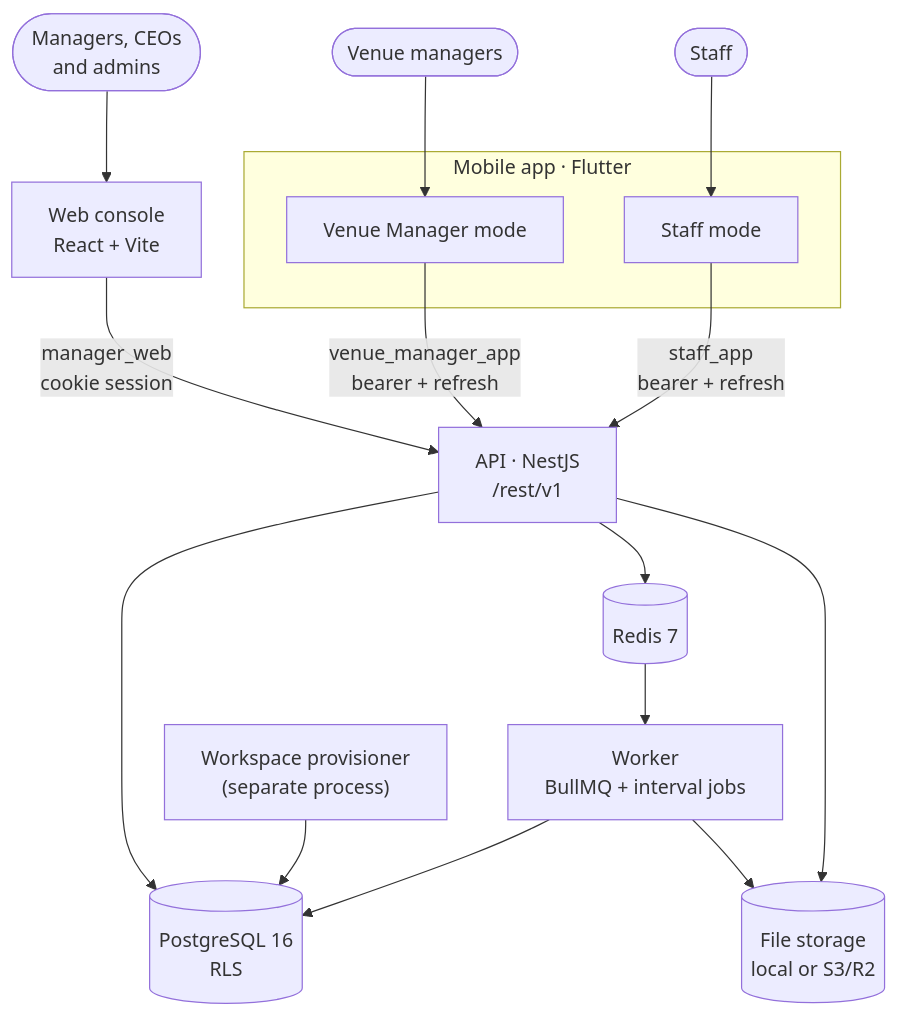
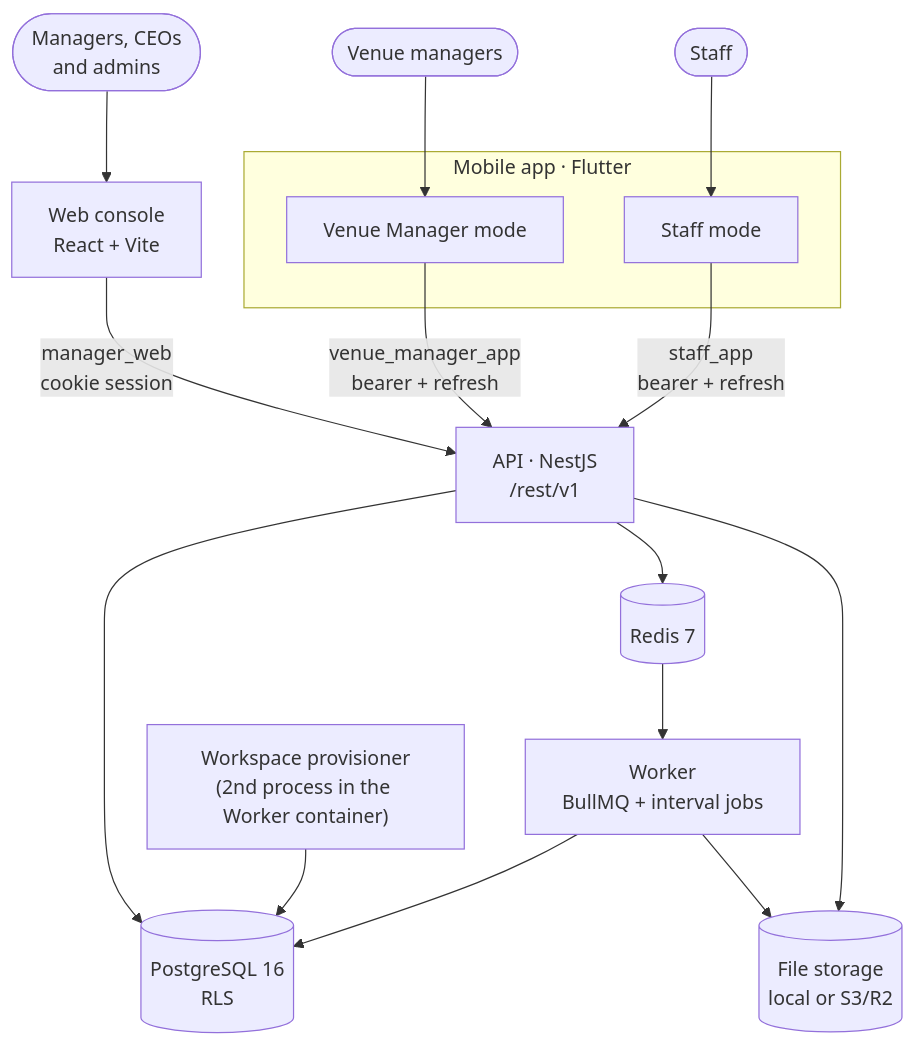
Before and after one commit to Rabblo06/rab-recurit: the diagram in packages/rab-docs/developers/introduction.mdx, drawn with Mermaid. The commit also changed other lines of this file and 22 other files, not shown here.

First line of the commit message:
feat(docker): four-core-service worker bundle (jobs + provisioner in one container) and opt-in api prestart

````diff
--- a/packages/rab-docs/developers/introduction.mdx
+++ b/packages/rab-docs/developers/introduction.mdx
@@ -9,25 +9,25 @@
 ```mermaid
 flowchart TB
     managers(["Managers, CEOs<br/>and admins"])
     venueManagers(["Venue managers"])
     staff(["Staff"])
     web["Web console<br/>React + Vite"]
     subgraph mobileApp ["Mobile app · Flutter"]
         vmMode["Venue Manager mode"]
         staffMode["Staff mode"]
     end
     managers --> web
     venueManagers --> vmMode
     staff --> staffMode
     web -- "manager_web<br/>cookie session" --> api
     vmMode -- "venue_manager_app<br/>bearer + refresh" --> api
     staffMode -- "staff_app<br/>bearer + refresh" --> api
     api["API · NestJS<br/>/rest/v1"]
     api --> pg[("PostgreSQL 16<br/>RLS")]
     api --> redis[("Redis 7")]
     redis --> worker["Worker<br/>BullMQ + interval jobs"]
     worker --> pg
-    provisioner["Workspace provisioner<br/>(separate process)"] --> pg
+    provisioner["Workspace provisioner<br/>(2nd process in the Worker container)"] --> pg
     api --> files[("File storage<br/>local or S3/R2")]
     worker --> files
 ```
````
